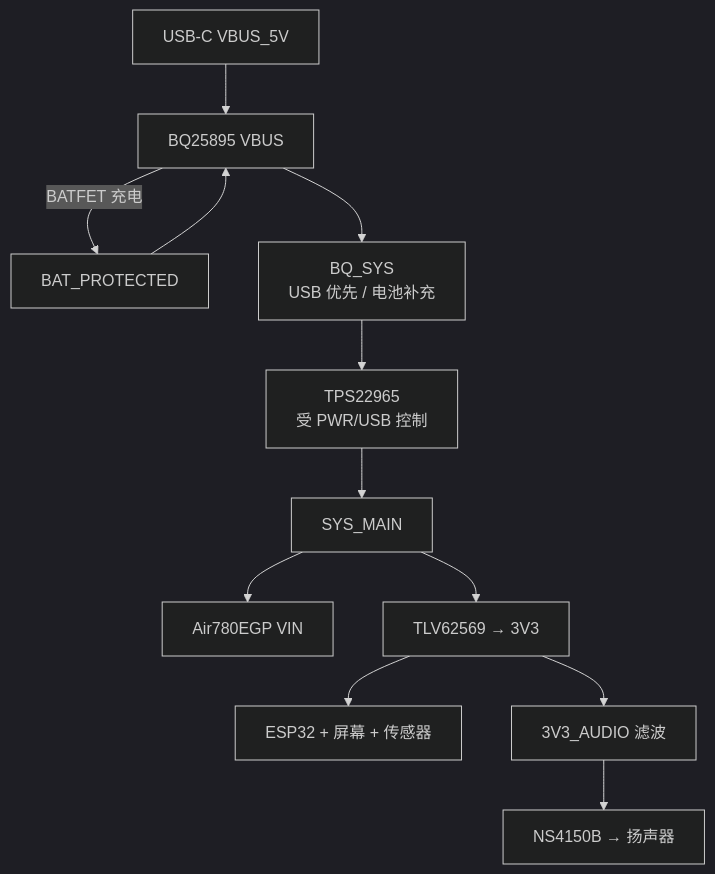
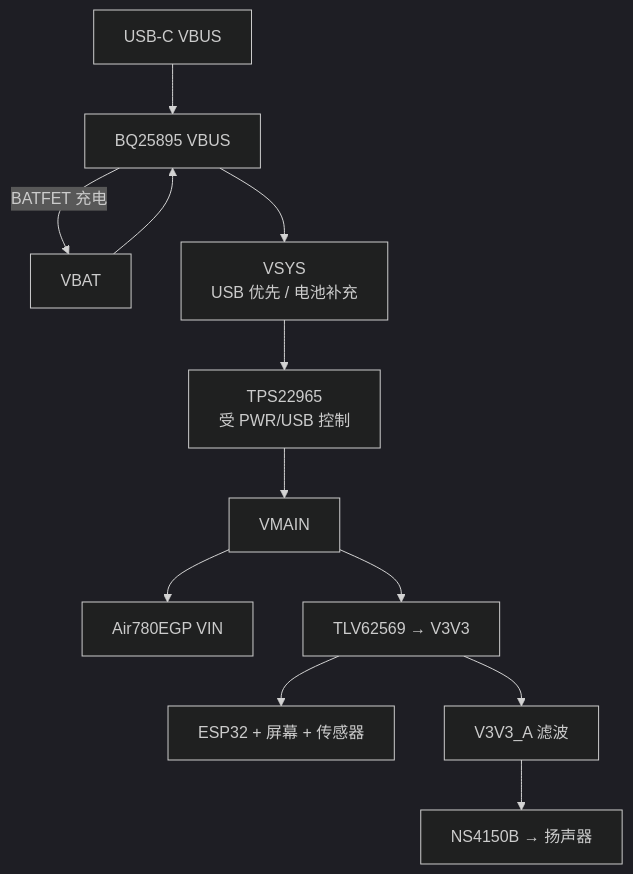
One commit to zhanghongchen1213/Electronic_Wooden_Fish changed the second of 2 diagrams in docs/hardware/电子木鱼-硬件原理图设计基线.md. Above: the diagram before and after it, drawn with Mermaid (dark theme). The commit also changed other lines of this file and 15 other files, not shown here.

Commit message:
docs: 删除过时的电子木鱼项目文档，整合硬件原理图与电源网络命名规范，确保设计信息的准确性与一致性。同时，更新相关文档以反映最新的设计决策与接口信息，提升可读性与可追溯性。

````diff
--- a/docs/hardware/电子木鱼-硬件原理图设计基线.md
+++ b/docs/hardware/电子木鱼-硬件原理图设计基线.md
@@ -151,14 +152,14 @@
 ```mermaid
 flowchart TD
-  USB["USB-C VBUS_5V"] --> BQ["BQ25895 VBUS"]
-  BAT["BAT_PROTECTED"] --> BQ
-  BQ --> SYS["BQ_SYS\nUSB 优先 / 电池补充"]
+  USB["USB-C VBUS"] --> BQ["BQ25895 VBUS"]
+  BAT["VBAT"] --> BQ
+  BQ --> SYS["VSYS\nUSB 优先 / 电池补充"]
   SYS --> SW["TPS22965\n受 PWR/USB 控制"]
-  SW --> MAIN["SYS_MAIN"]
+  SW --> MAIN["VMAIN"]
   MAIN --> MODEM["Air780EGP VIN"]
-  MAIN --> BUCK["TLV62569 → 3V3"]
+  MAIN --> BUCK["TLV62569 → V3V3"]
   BUCK --> ESP["ESP32 + 屏幕 + 传感器"]
-  BUCK --> AF["3V3_AUDIO 滤波"]
+  BUCK --> AF["V3V3_A 滤波"]
   AF --> PA["NS4150B → 扬声器"]
   BQ -->|BATFET 充电| BAT
 ```
````
